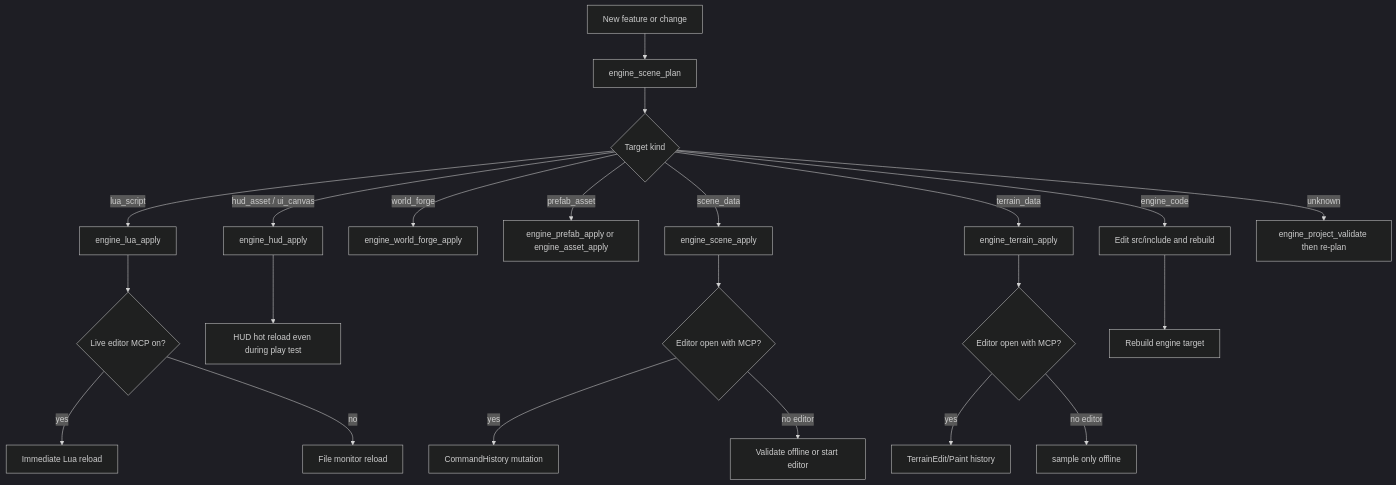
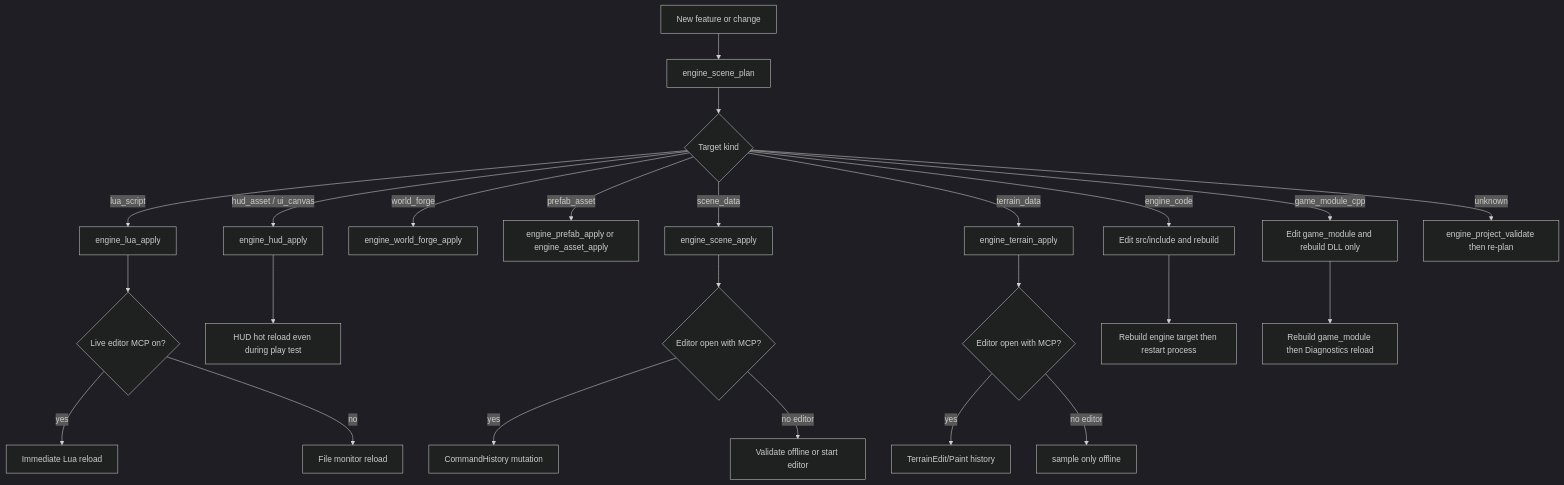
Before and after one commit to mellowjohn/3DGameIdea: the diagram in context/architecture/content-vs-engine-workflows.md, drawn with Mermaid (dark theme). The commit also changed other lines of this file and 228 other files, not shown here.

First line of the commit message:
Sync session work: hill locomotion stick/coyote, slower player, bow aim, game-module hot reload, and content tooling.

````diff
--- a/context/architecture/content-vs-engine-workflows.md
+++ b/context/architecture/content-vs-engine-workflows.md
@@ -9,24 +9,26 @@
 ```mermaid
 flowchart TD
     start[New feature or change] --> plan[engine_scene_plan]
     plan --> kind{Target kind}
     kind -->|lua_script| lua[engine_lua_apply]
     kind -->|hud_asset / ui_canvas| hud[engine_hud_apply]
     kind -->|world_forge| forge[engine_world_forge_apply]
     kind -->|prefab_asset| prefab[engine_prefab_apply or engine_asset_apply]
     kind -->|scene_data| scene[engine_scene_apply]
     kind -->|terrain_data| terrain[engine_terrain_apply]
     kind -->|engine_code| cpp[Edit src/include and rebuild]
+    kind -->|game_module_cpp| gmod[Edit game_module and rebuild DLL only]
     kind -->|unknown| validate[engine_project_validate then re-plan]
     lua --> reload{Live editor MCP on?}
     reload -->|yes| hot[Immediate Lua reload]
     reload -->|no| monitor[File monitor reload]
     hud --> hudReload[HUD hot reload even during play test]
     scene --> bridge{Editor open with MCP?}
     bridge -->|yes| live[CommandHistory mutation]
     bridge -->|no editor| offline[Validate offline or start editor]
     terrain --> terrainBridge{Editor open with MCP?}
     terrainBridge -->|yes| terrainLive[TerrainEdit/Paint history]
     terrainBridge -->|no editor| terrainSample[sample only offline]
-    cpp --> build[Rebuild engine target]
+    cpp --> build[Rebuild engine target then restart process]
+    gmod --> dllReload[Rebuild game_module then Diagnostics reload]
 ```
````
